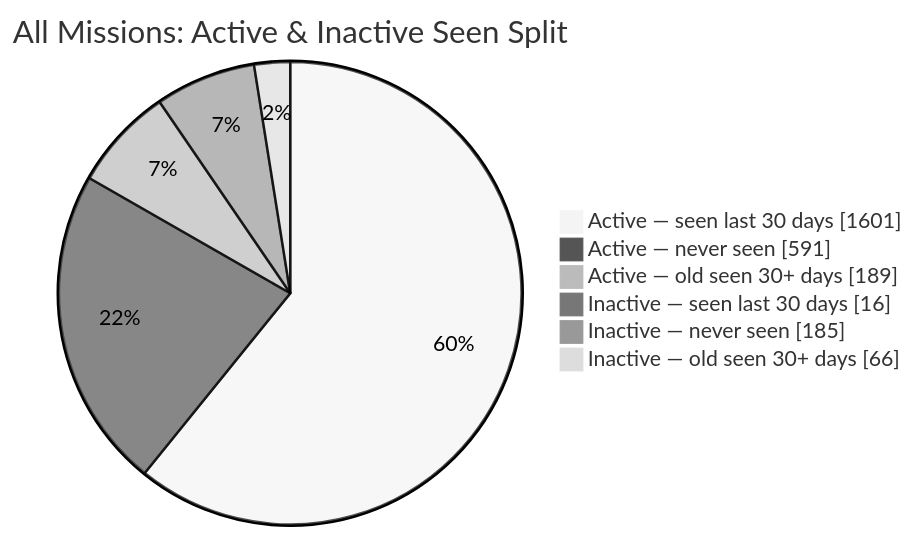
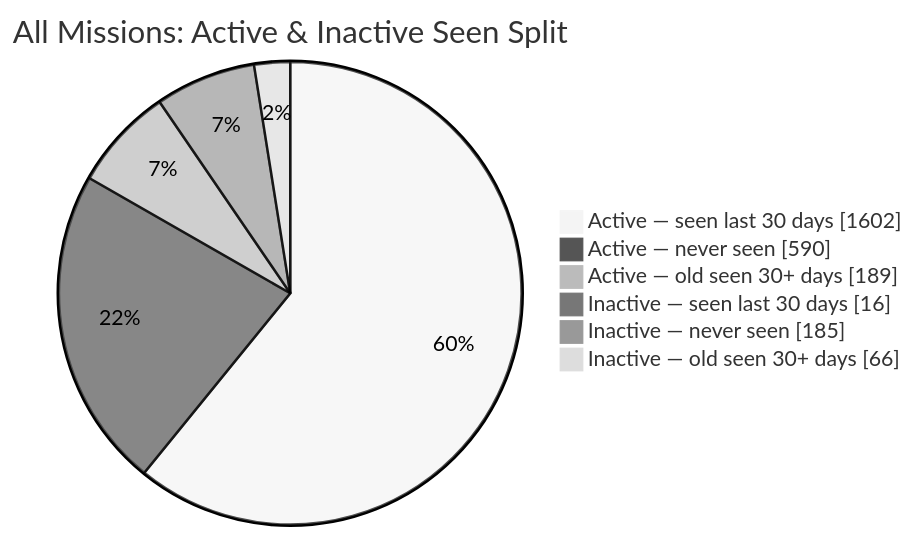
The second of 2 diagrams in README.md (MeldkamerspelGameTeam/active-missions), drawn with Mermaid (neutral theme) before and after one commit. The commit also changed other lines of this file and 2 other files, not shown here.

````diff
--- a/README.md
+++ b/README.md
@@ -44,10 +44,10 @@
 ```mermaid
 pie showData
     title All Missions: Active & Inactive Seen Split
-    "Active — seen last 30 days" : 1601
-    "Active — never seen" : 591
+    "Active — seen last 30 days" : 1602
+    "Active — never seen" : 590
     "Active — old seen 30+ days" : 189
     "Inactive — seen last 30 days" : 16
     "Inactive — never seen" : 185
     "Inactive — old seen 30+ days" : 66
 ```
````
